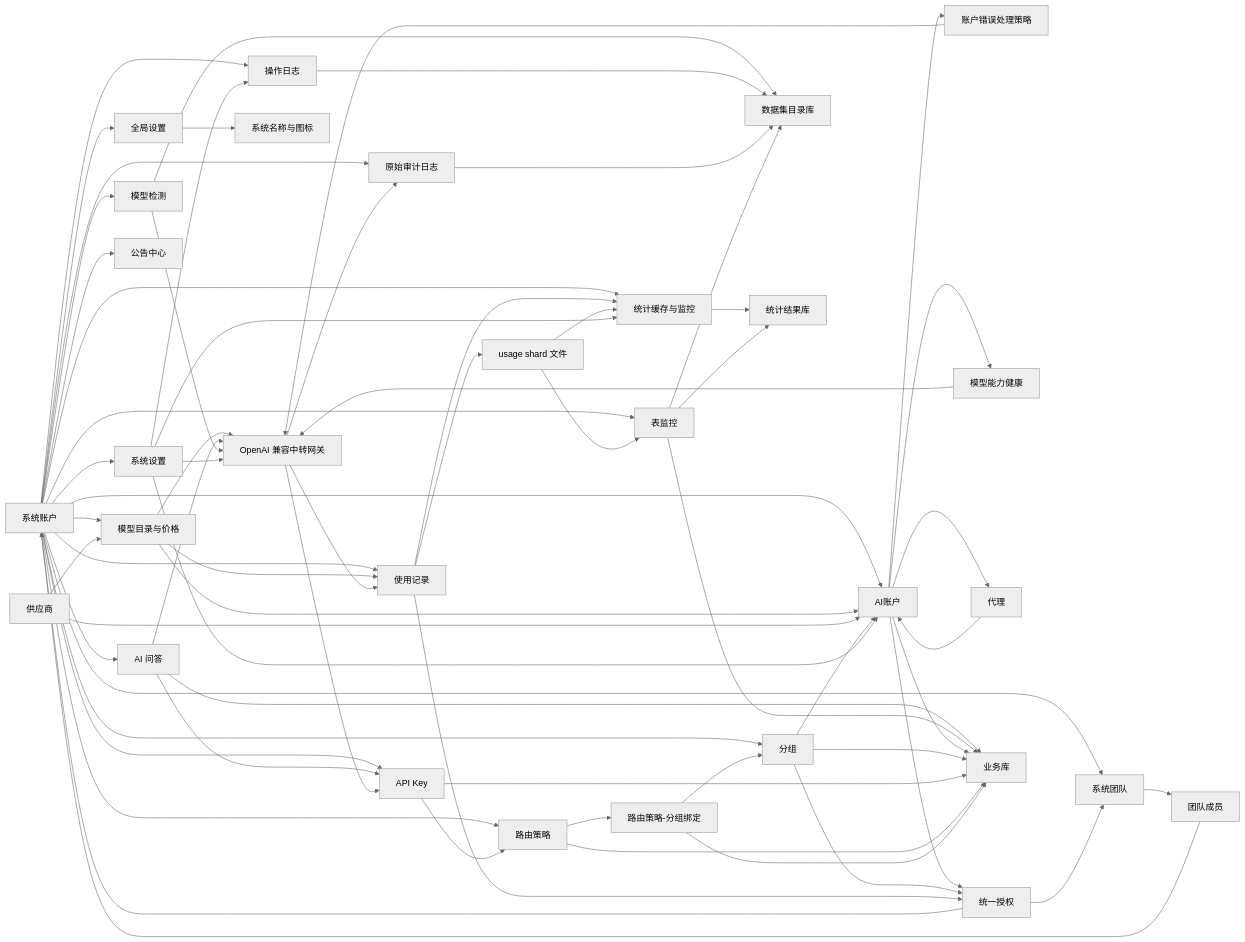
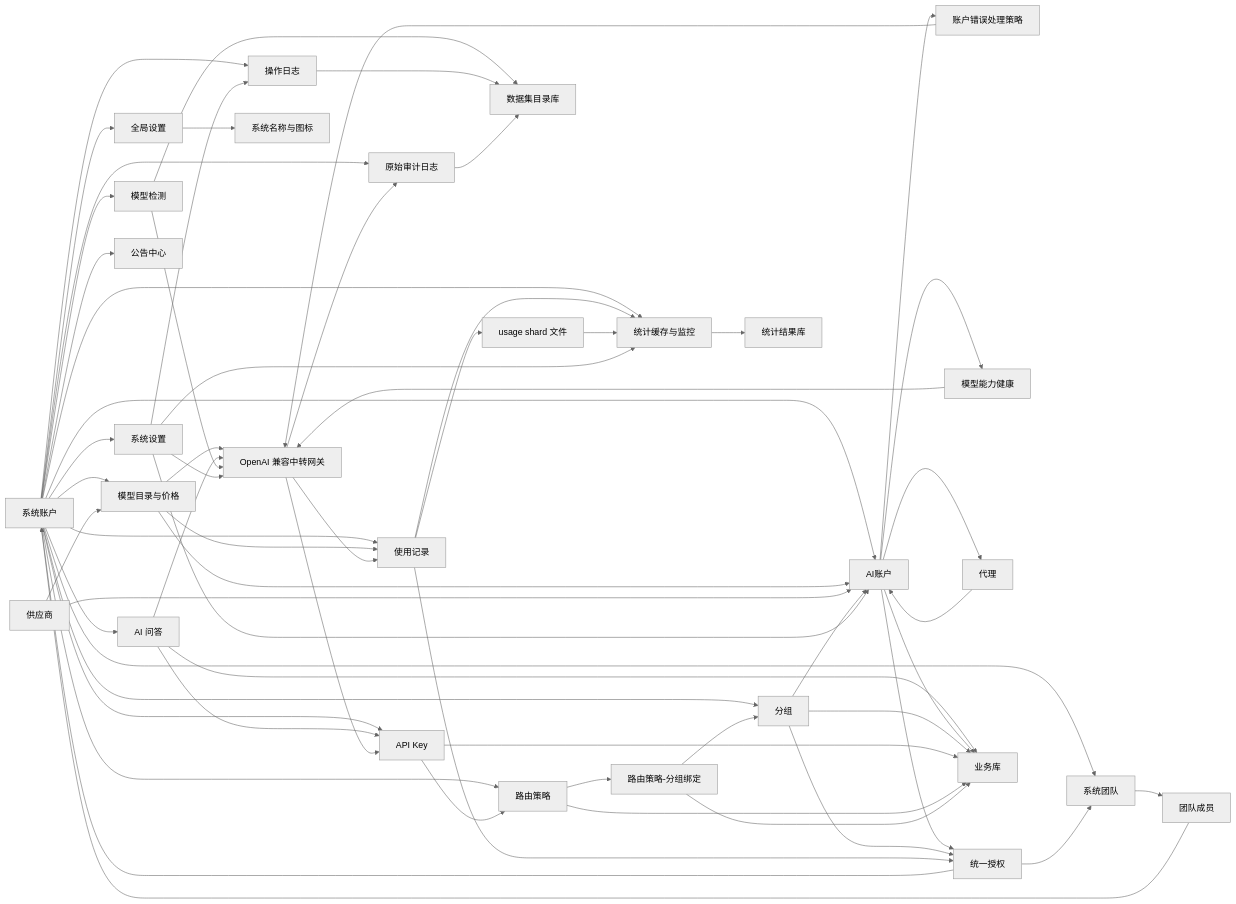
The diagram in docs/architecture/架构总览.md (huanmin123/juhe-ai), drawn with Mermaid (neutral theme) before and after one commit. The commit also changed other lines of this file and 571 other files, not shown here.

First line of the commit message:
refactor(chat): 重构辅助模型派发并移除生图代理模块

````diff
--- a/docs/architecture/架构总览.md
+++ b/docs/architecture/架构总览.md
@@ -137,70 +137,65 @@
 ```mermaid
 flowchart LR
   SystemAccount["系统账户"] --> GlobalSettings["全局设置"]
   SystemAccount --> SystemSettings["系统设置"]
   SystemAccount --> SystemTeam["系统团队"]
   SystemTeam --> TeamMember["团队成员"]
   TeamMember --> SystemAccount
   SystemAccount --> AIAccount["AI账户"]
   SystemAccount --> Group["分组"]
   SystemAccount --> APIKey["API Key"]
   SystemAccount --> AIChat["AI 问答"]
   SystemAccount --> RouteStrategy["路由策略"]
   SystemAccount --> ModelCheck["模型检测"]
   SystemAccount --> Usage["使用记录"]
   SystemAccount --> OperationLog["操作日志"]
   SystemAccount --> AuditLog["原始审计日志"]
   SystemAccount --> Stats["统计缓存与监控"]
-  SystemAccount --> TableMonitor["表监控"]
   SystemAccount --> Announcement["公告中心"]
   SystemAccount --> ModelCatalog["模型目录与价格"]
   AIAccount --> AccountErrorPolicy["账户错误处理策略"]
   AIAccount --> AccountCapabilityHealth["模型能力健康"]
   AccountCapabilityHealth --> Gateway
   AccountErrorPolicy --> Gateway
   GlobalSettings --> AppBrand["系统名称与图标"]
   Provider["供应商"] --> ModelCatalog
   ModelCatalog --> AIAccount
   ModelCatalog --> Gateway
   ModelCatalog --> Usage
   Provider["供应商"] --> AIAccount
   Proxy["代理"] --> AIAccount
   AIAccount --> Proxy
   AIAccount --> ResourceAuthorization["统一授权"]
   Group --> ResourceAuthorization
   ResourceAuthorization --> SystemAccount
   ResourceAuthorization --> SystemTeam
   Group --> AIAccount
   APIKey --> RouteStrategy
   AIChat --> APIKey
   AIChat --> Gateway
   AIChat --> BusinessStore
   RouteStrategy --> RouteStrategyGroupBinding["路由策略-分组绑定"]
   RouteStrategyGroupBinding --> Group
   ModelCheck --> Gateway
   ModelCheck --> DatasetStore
   Gateway["OpenAI 兼容中转网关"] --> APIKey
   Gateway --> Usage["使用记录"]
   Gateway --> AuditLog
   Usage --> ResourceAuthorization
   Usage --> Stats["统计缓存与监控"]
   Usage --> UsageShard["usage shard 文件"]
   UsageShard --> Stats
-  UsageShard --> TableMonitor
   DatasetStore["数据集目录库"]
   OperationLog --> DatasetStore
   AuditLog --> DatasetStore
   Stats --> StatsStore["统计结果库"]
-  TableMonitor --> StatsStore
-  TableMonitor --> BusinessStore
-  TableMonitor --> DatasetStore
   AIAccount --> BusinessStore["业务库"]
   Group --> BusinessStore
   APIKey --> BusinessStore
   RouteStrategy --> BusinessStore
   RouteStrategyGroupBinding --> BusinessStore
   SystemSettings --> Gateway
   SystemSettings --> OperationLog
   SystemSettings --> AIAccount
   SystemSettings --> Stats
 ```
````
